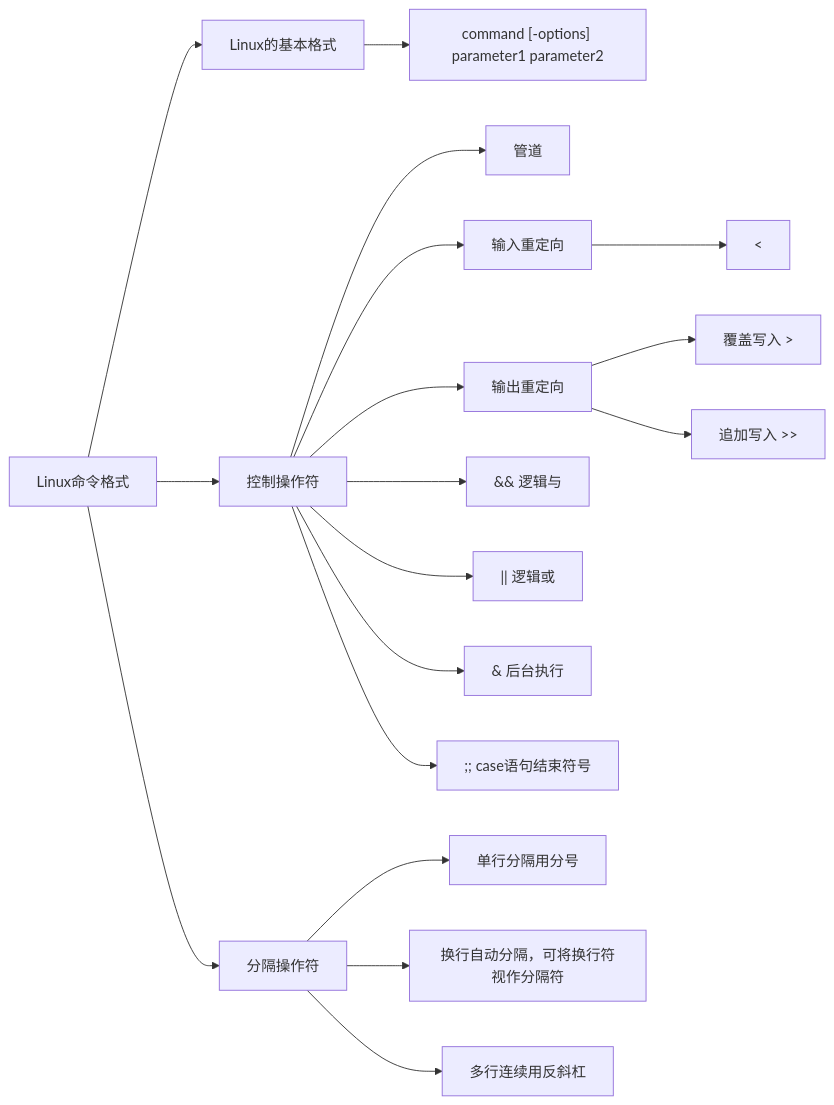
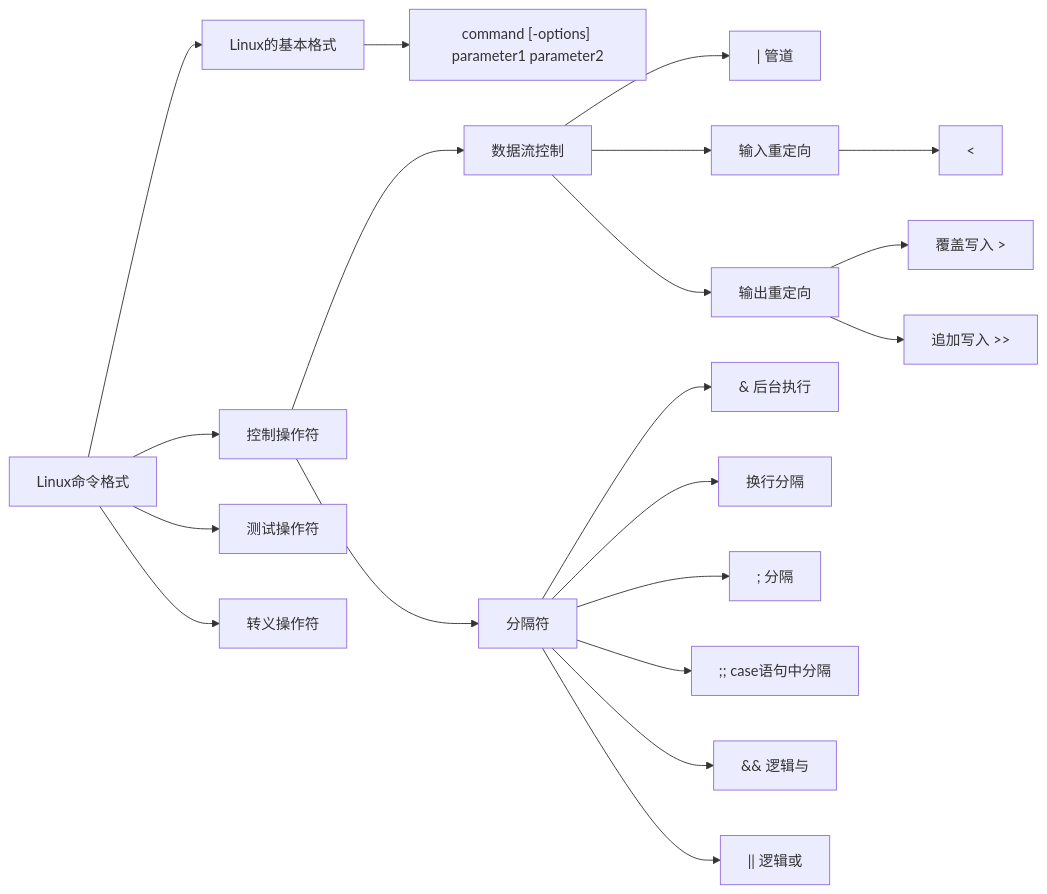
Before and after one commit to 78590-web/tech-blog: the second of 2 diagrams in docs/linux/shell-01-intro.md, drawn with Mermaid. The commit also changed other lines of this file and 1 other file, not shown here.

````diff
--- a/docs/linux/shell-01-intro.md
+++ b/docs/linux/shell-01-intro.md
@@ -197,20 +206,22 @@
 ```mermaid
 flowchart LR
 A_1[Linux命令格式] --> B_1[Linux的基本格式]
 B_1[Linux的基本格式] --> C_1["command [-options] parameter1 parameter2"]
 A_1[Linux命令格式] --> B_2[控制操作符]
-B_2[控制操作符] --> C_2[管道]
-B_2[控制操作符] --> C_3[输入重定向]
-B_2[控制操作符] --> C_4[输出重定向]
-B_2[控制操作符] --> C_5["&&	逻辑与"]
-B_2[控制操作符] --> C_6["|| 逻辑或"]
-B_2[控制操作符] --> C_7["& 后台执行"]
-B_2[控制操作符] --> C_8[";; case语句结束符号"]
-C_3[输入重定向] --> D_["<"]
-C_4[输出重定向] --> D_2["覆盖写入 >"]
-C_4[输出重定向] --> D_3["追加写入 >>"]
-A_1[Linux命令格式] --> B_3[分隔操作符]
-B_3[分隔操作符] --> C_9[单行分隔用分号]
-B_3[分隔操作符] --> C_10[换行自动分隔，可将换行符视作分隔符]
-B_3[分隔操作符] --> C_11[多行连续用反斜杠]
+B_2[控制操作符] --> C_2[数据流控制]
+C_2[数据流控制] --> D_1["| 管道"]
+C_2[数据流控制] --> D_2[输入重定向]
+C_2[数据流控制] --> D_3[输出重定向]
+B_2[控制操作符] --> C_3[分隔符] 
+C_3[分隔符] --> D_6["& 后台执行"]
+C_3[分隔符] --> D_7["换行分隔"]
+C_3[分隔符] --> D_8["; 分隔"]
+C_3[分隔符] --> D_9[";; case语句中分隔"]
+C_3[分隔符] --> D_4["&&	逻辑与"]
+C_3[分隔符] --> D_5["|| 逻辑或"]
+D_2[输入重定向] --> D_10["<"]
+D_3[输出重定向] --> D_11["覆盖写入 >"]
+D_3[输出重定向] --> D_12["追加写入 >>"]
+A_1[Linux命令格式] --> B_3[测试操作符]
+A_1[Linux命令格式] --> B_4[转义操作符]
 ```
````
